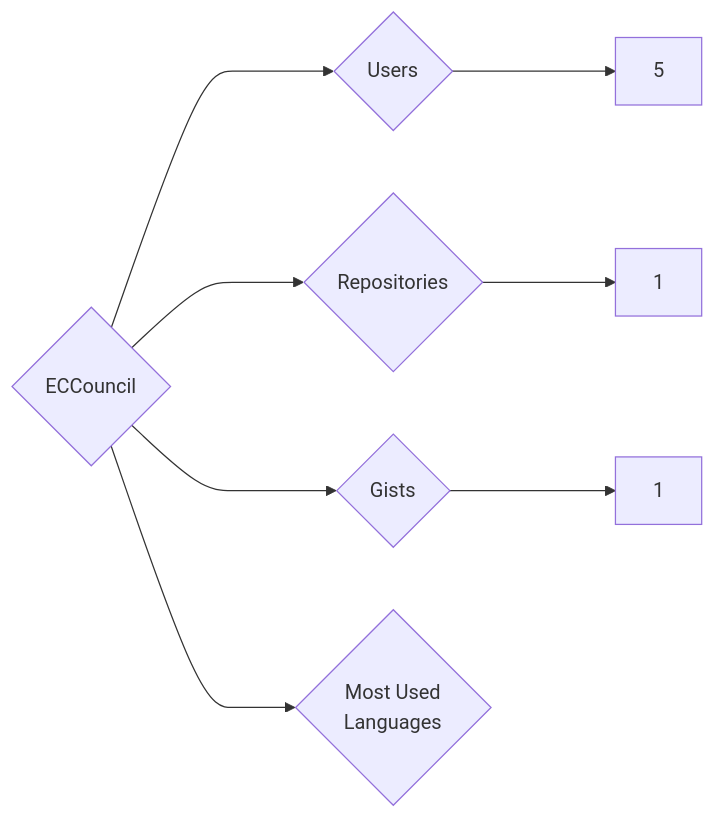
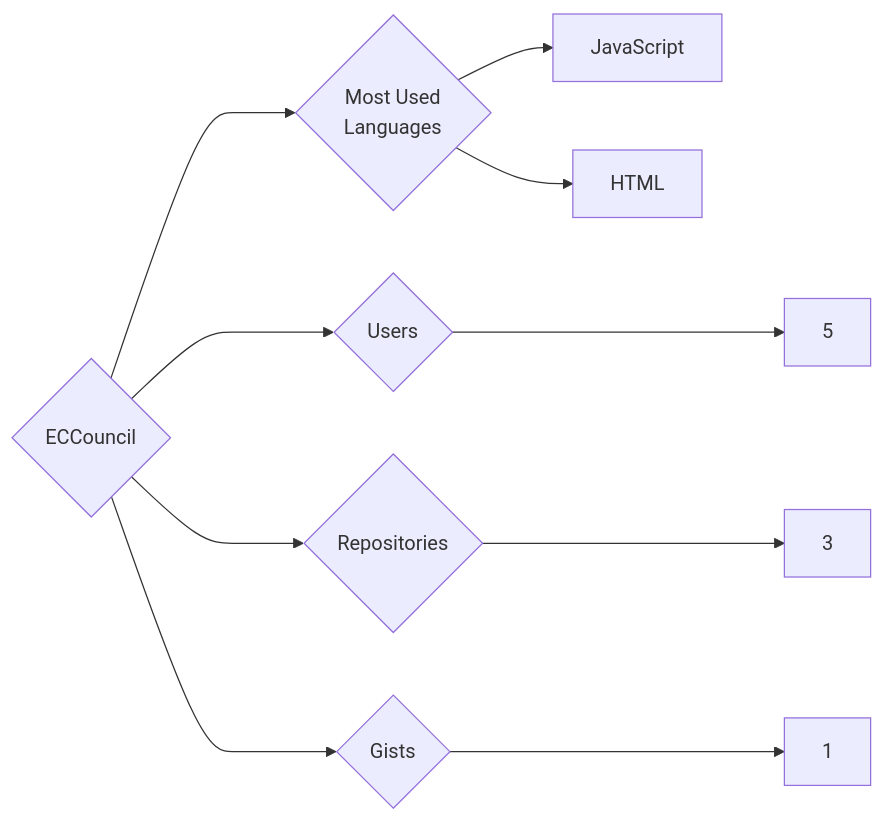
The diagram in targets/ECCouncil/README.md (trickest/insiders), drawn with Mermaid before and after one commit. The commit also changed 997 other files, not shown here.

````diff
--- a/targets/ECCouncil/README.md
+++ b/targets/ECCouncil/README.md
@@ -3,8 +3,10 @@
 ```mermaid
 graph LR
 COMPANY_NAME{ECCouncil}
 COMPANY_NAME ---> U{Users} ---> UN[5]
-COMPANY_NAME ---> R{Repositories} ---> RN[1]
+COMPANY_NAME ---> R{Repositories} ---> RN[3]
 COMPANY_NAME ---> G{Gists} ---> GN[1]
 COMPANY_NAME ---> ML{Most Used<br>Languages}
+ML --> JavaScript[JavaScript]
+ML --> HTML[HTML]
 ```
````
